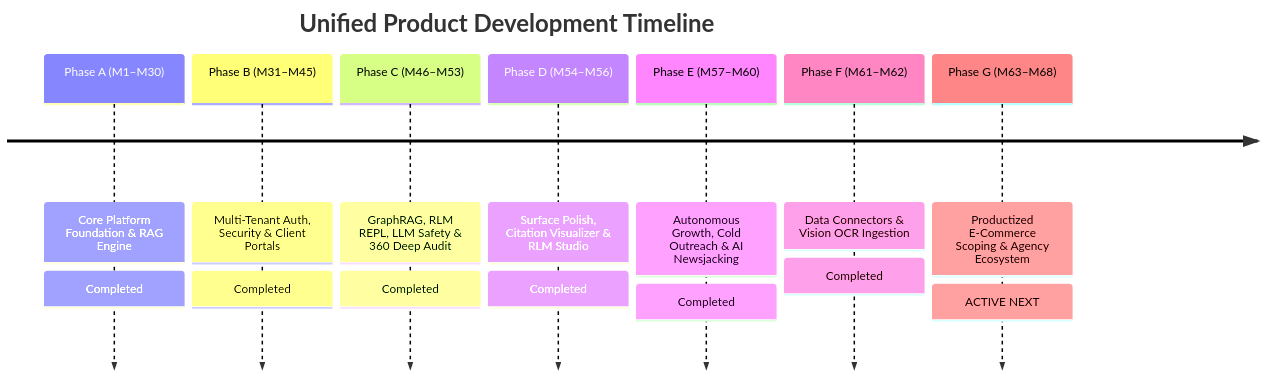
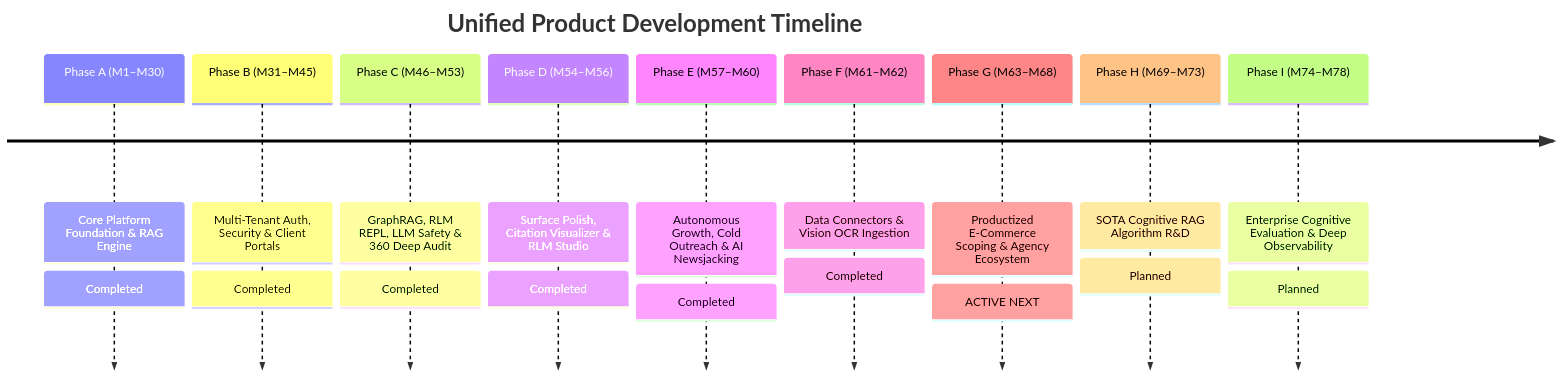
One commit to prat3010/Prateek_website changed the diagram in docs/UNIFIED_MASTER_ROADMAP.md. Above: the diagram before and after it, drawn with Mermaid. The commit also changed other lines of this file and 21 other files, not shown here.

Commit message:
feat(scoping): implement M65 live architecture topology map & M66 terminal scoping CLI

````diff
--- a/docs/UNIFIED_MASTER_ROADMAP.md
+++ b/docs/UNIFIED_MASTER_ROADMAP.md
@@ -45,11 +45,13 @@
 ```mermaid
 timeline
     title Unified Product Development Timeline
     Phase A (M1–M30) : Core Platform Foundation & RAG Engine : Completed
     Phase B (M31–M45) : Multi-Tenant Auth, Security & Client Portals : Completed
     Phase C (M46–M53) : GraphRAG, RLM REPL, LLM Safety & 360 Deep Audit : Completed
     Phase D (M54–M56) : Surface Polish, Citation Visualizer & RLM Studio : Completed
     Phase E (M57–M60) : Autonomous Growth, Cold Outreach & AI Newsjacking : Completed
     Phase F (M61–M62) : Data Connectors & Vision OCR Ingestion : Completed
     Phase G (M63–M68) : Productized E-Commerce Scoping & Agency Ecosystem : ACTIVE NEXT
+    Phase H (M69–M73) : SOTA Cognitive RAG Algorithm R&D : Planned
+    Phase I (M74–M78) : Enterprise Cognitive Evaluation & Deep Observability : Planned
 ```
````
